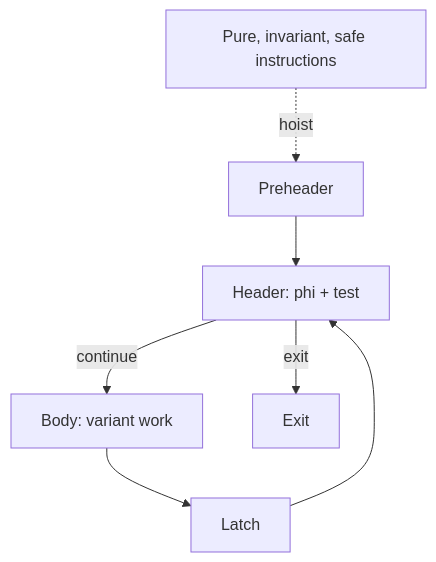
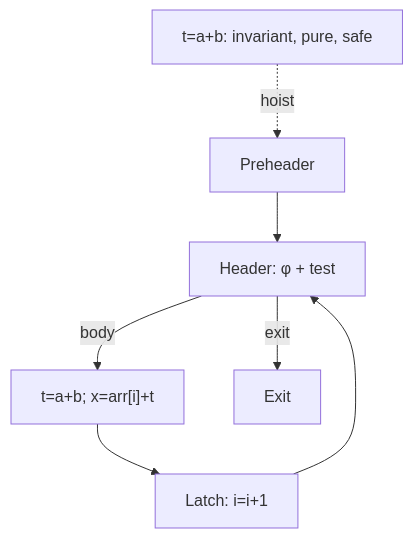
The diagram in docs/modules/16-licm.md (Misha1302/Middle-end-compiler-cource), drawn with Mermaid before and after one commit. The commit also changed other lines of this file and 47 other files, not shown here.

````diff
--- a/docs/modules/16-licm.md
+++ b/docs/modules/16-licm.md
@@ -107,9 +29,9 @@
 ```mermaid
 flowchart TD
-    PRE[Preheader] --> H["Header: phi + test"]
-    H -->|continue| BODY["Body: variant work"]
-    H -->|exit| EXIT[Exit]
-    BODY --> L[Latch]
-    L --> H
-    INV["Pure, invariant, safe instructions"] -. hoist .-> PRE
+  PRE[Preheader] --> H[Header: φ + test]
+  H -->|body| B["t=a+b; x=arr[i]+t"]
+  H -->|exit| E[Exit]
+  B --> L[Latch: i=i+1]
+  L --> H
+  T["t=a+b: invariant, pure, safe"] -. hoist .-> PRE
 ```
````
